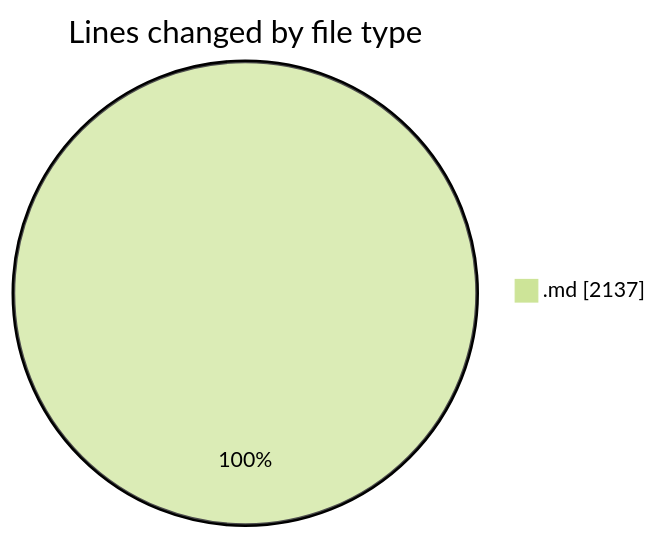
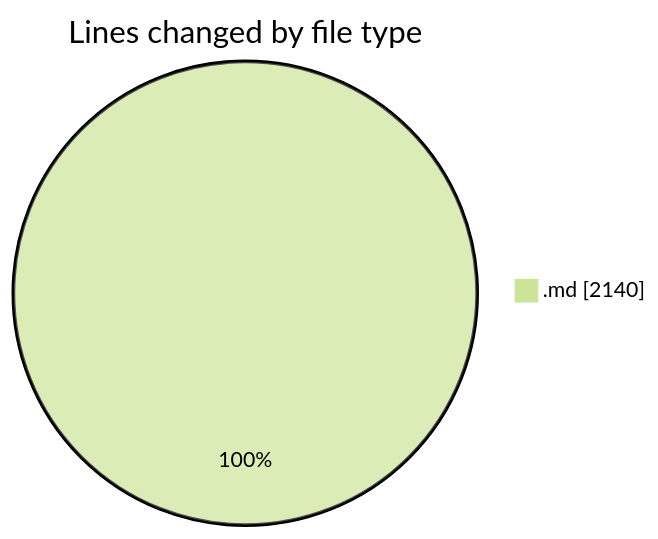
The first of 2 diagrams in 2025-07-07/urlwebwala_intership_work/README.md (Ritupan-Deka/code-tracking), drawn with Mermaid (forest theme) before and after one commit. The commit also changed other lines of this file and 1 other file, not shown here.

````diff
--- a/2025-07-07/urlwebwala_intership_work/README.md
+++ b/2025-07-07/urlwebwala_intership_work/README.md
@@ -22,5 +22,5 @@
 ```mermaid
 pie showData
 title Lines changed by file type
-".md" : 2137
+".md" : 2140
 ```
````
